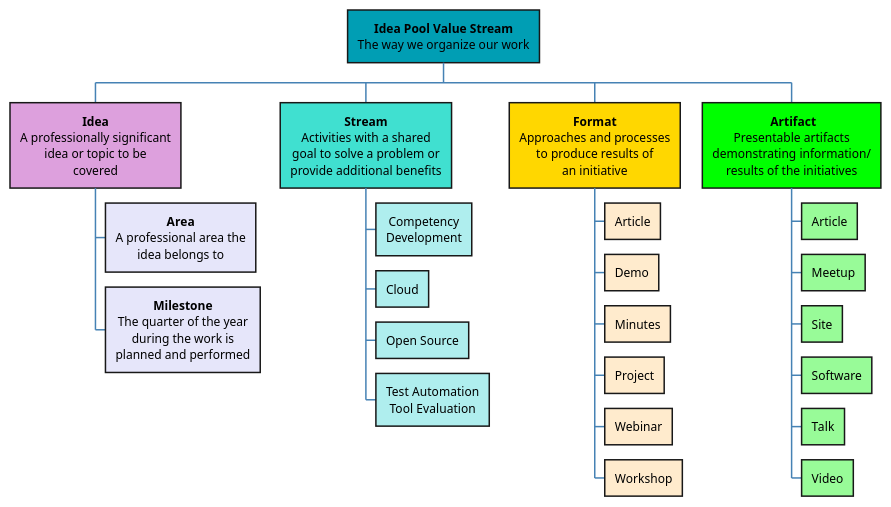
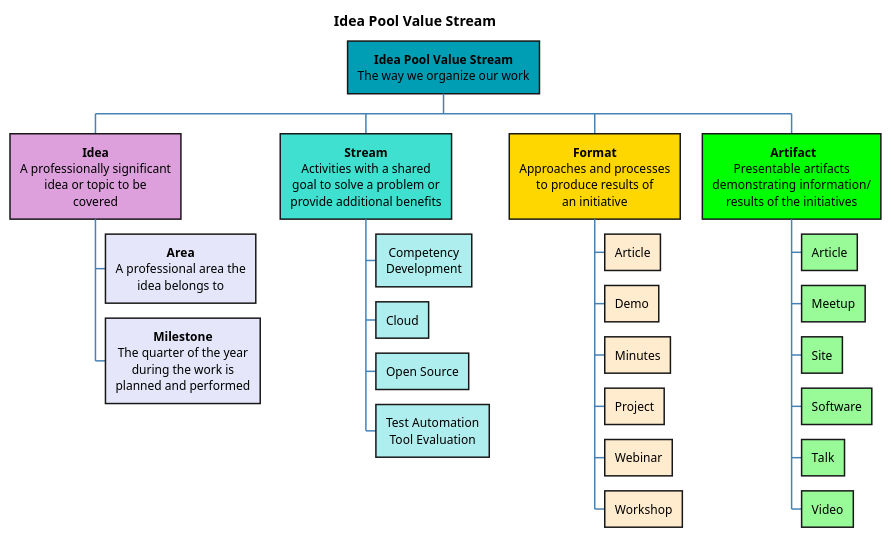
The diagram in docs/uml/value_stream_v2.puml (Idea-Pool/topics), drawn with PlantUML before and after one commit. The commit also changed 15 other files, not shown here.

Commit message:
Added diagram titles

```diff
--- a/docs/uml/value_stream_v2.puml
+++ b/docs/uml/value_stream_v2.puml
@@ -1,59 +1,63 @@
-@startwbs Idea Pool Value Stream
+@startwbs
+
+title Idea Pool Value Stream
+
 skinparam defaultTextAlignment center
 skinparam backgroundColor transparent
 skinparam arrow {
     Color SteelBlue
     FontColor SteelBlue
 }
+
 +[#009eb4]:**Idea Pool Value Stream**
 The way we organize our work;
 
 ++[#Plum]:**Idea**
 A professionally significant
 idea or topic to be
 covered;
 
 ++-[#Lavender]:**Area**
 A professional area the
 idea belongs to;
 
 +++[#Lavender]:**Milestone**
 The quarter of the year
 during the work is
 planned and performed;
 
 ++[#Turquoise]:**Stream**
 Activities with a shared
 goal to solve a problem or
 provide additional benefits;
 
 +++[#PaleTurquoise] Competency\nDevelopment
 +++[#PaleTurquoise] Cloud
 +++[#PaleTurquoise] Open Source
 +++[#PaleTurquoise] Test Automation\nTool Evaluation
 
 ++[#Gold]:**Format**
 Approaches and processes
 to produce results of
 an initiative;
 
 +++[#BlanchedAlmond] Article
 +++[#BlanchedAlmond] Demo
 +++[#BlanchedAlmond] Minutes
 +++[#BlanchedAlmond] Project
 +++[#BlanchedAlmond] Webinar
 +++[#BlanchedAlmond] Workshop
 
 ++[#Lime]: **Artifact**
 Presentable artifacts
 demonstrating information/
 results of the initiatives;
 
 +++[#PaleGreen] Article
 +++[#PaleGreen] Meetup
 +++[#PaleGreen] Site
 +++[#PaleGreen] Software
 +++[#PaleGreen] Talk
 +++[#PaleGreen] Video
 
 @endwbs
```
